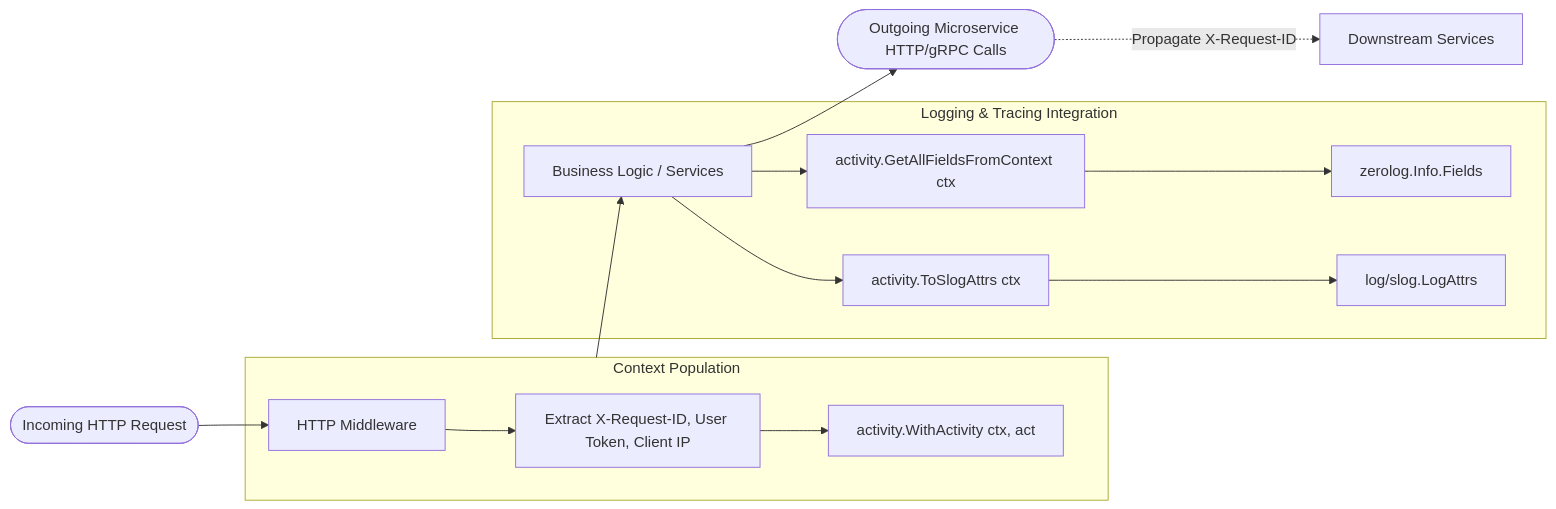
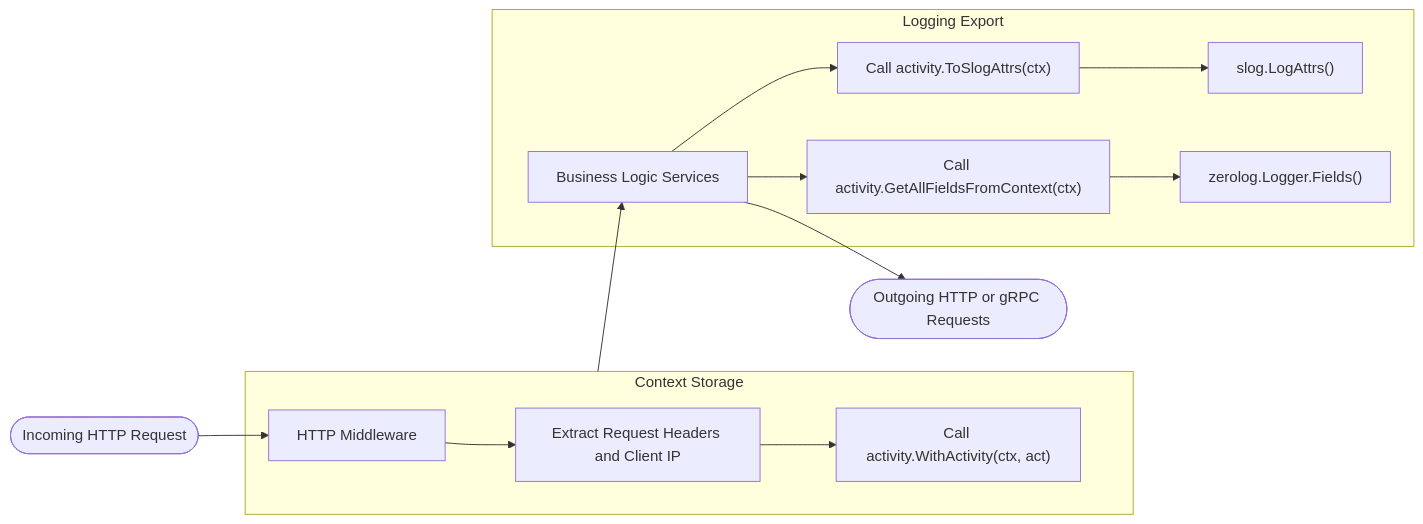
Before and after one commit to Jkenyut/nvx-go-helper: the diagram in activity/README.md, drawn with Mermaid. The commit also changed other lines of this file and 46 other files, not shown here.

````diff
--- a/activity/README.md
+++ b/activity/README.md
@@ -15,21 +9,20 @@
 ```mermaid
 flowchart LR
-    Incoming([Incoming HTTP Request]) --> Middleware[HTTP Middleware]
-    
-    subgraph ContextSetup ["Context Population"]
-        Middleware --> ExtractHeaders[Extract X-Request-ID, User Token, Client IP]
-        ExtractHeaders --> WithActivity[activity.WithActivity ctx, act]
+    Incoming(["Incoming HTTP Request"]) --> Middleware["HTTP Middleware"]
+
+    subgraph ContextSetup ["Context Storage"]
+        Middleware --> ExtractHeaders["Extract Request Headers and Client IP"]
+        ExtractHeaders --> WithActivity["Call activity.WithActivity(ctx, act)"]
     end
 
-    ContextSetup --> BusinessLogic[Business Logic / Services]
+    ContextSetup --> BusinessLogic["Business Logic Services"]
 
-    subgraph Observability ["Logging & Tracing Integration"]
-        BusinessLogic --> SlogAttrs[activity.ToSlogAttrs ctx]
-        BusinessLogic --> ZerologFields[activity.GetAllFieldsFromContext ctx]
-        SlogAttrs --> SlogEngine[log/slog.LogAttrs]
-        ZerologFields --> ZerologEngine[zerolog.Info.Fields]
+    subgraph Observability ["Logging Export"]
+        BusinessLogic --> SlogAttrs["Call activity.ToSlogAttrs(ctx)"]
+        BusinessLogic --> ZerologFields["Call activity.GetAllFieldsFromContext(ctx)"]
+        SlogAttrs --> SlogEngine["slog.LogAttrs()"]
+        ZerologFields --> ZerologEngine["zerolog.Logger.Fields()"]
     end
 
-    BusinessLogic --> Outgoing([Outgoing Microservice HTTP/gRPC Calls])
-    Outgoing -. Propagate X-Request-ID .-> Downstream[Downstream Services]
+    BusinessLogic --> Outgoing(["Outgoing HTTP or gRPC Requests"])
 ```
````
